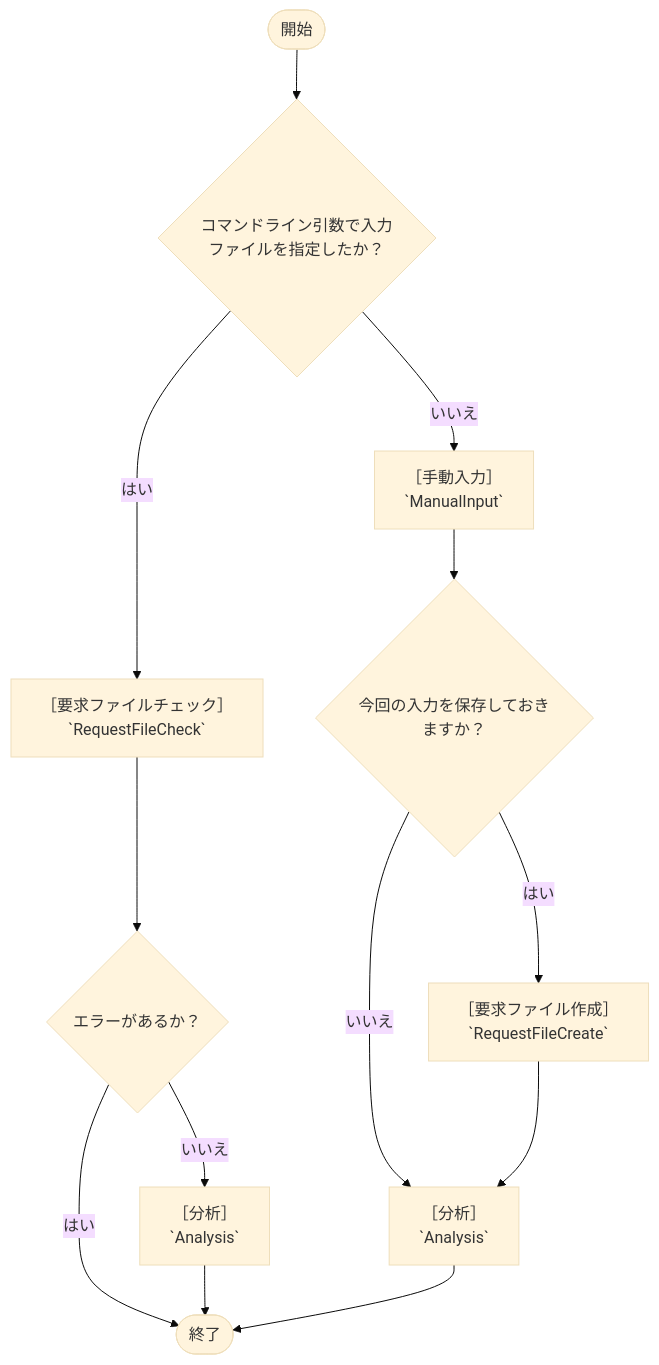
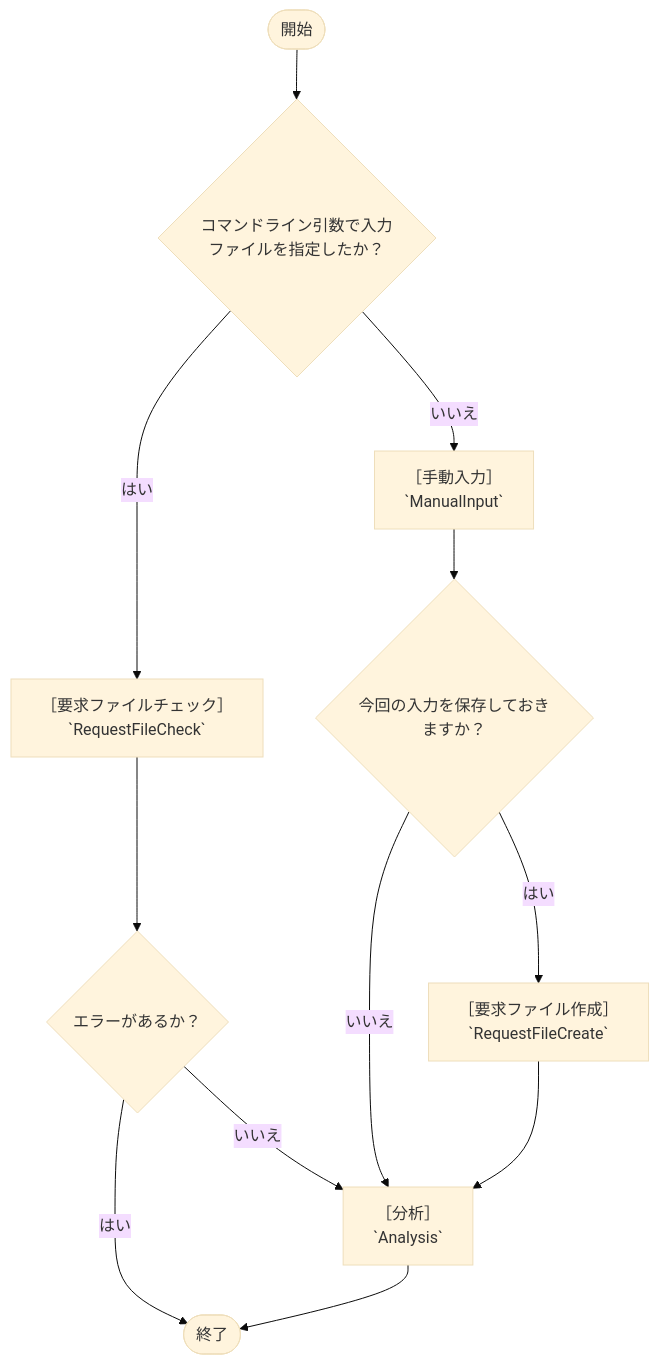
The first of 2 diagrams in docs/設計/ライフサイクル.md (muzudho/ShogiTournamentSystemAnalyzer), drawn with Mermaid (base theme) before and after one commit.

Commit message:
ライフサイクル

````diff
--- a/docs/設計/ライフサイクル.md
+++ b/docs/設計/ライフサイクル.md
@@ -14,15 +14,14 @@
 ```mermaid
 flowchart TD
 	Start([開始]) --> Decision{コマンドライン引数で入力ファイルを指定したか？}
 	Decision -- いいえ --> ManualInput[［手動入力］<br/>`ManualInput`]
 	Decision -- はい --> RequestFileCheck[［要求ファイルチェック］<br/>`RequestFileCheck`]
 	RequestFileCheck --> CheckDecision{エラーがあるか？}
 	CheckDecision -- はい --> End([終了])
-	CheckDecision -- いいえ --> Analysis1[［分析］<br/>`Analysis`]
+	CheckDecision -- いいえ --> Analysis[［分析］<br/>`Analysis`]
 	ManualInput --> SaveDecision{今回の入力を保存しておきますか？}
-	SaveDecision -- いいえ --> Analysis2[［分析］<br/>`Analysis`]
+	SaveDecision -- いいえ --> Analysis
 	SaveDecision -- はい --> RequestFileCreate[［要求ファイル作成］<br/>`RequestFileCreate`]
-	RequestFileCreate --> Analysis2
-	Analysis1 --> End
-	Analysis2 --> End
+	RequestFileCreate --> Analysis
+	Analysis --> End
 ```
````
